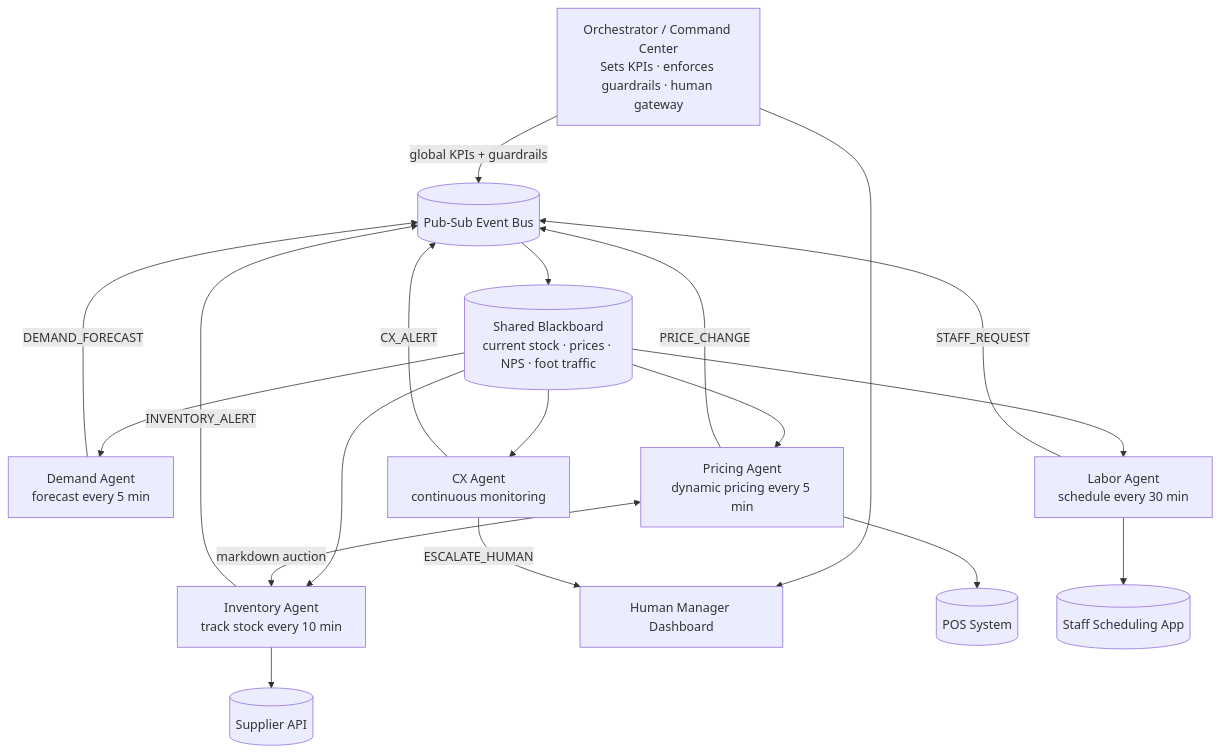
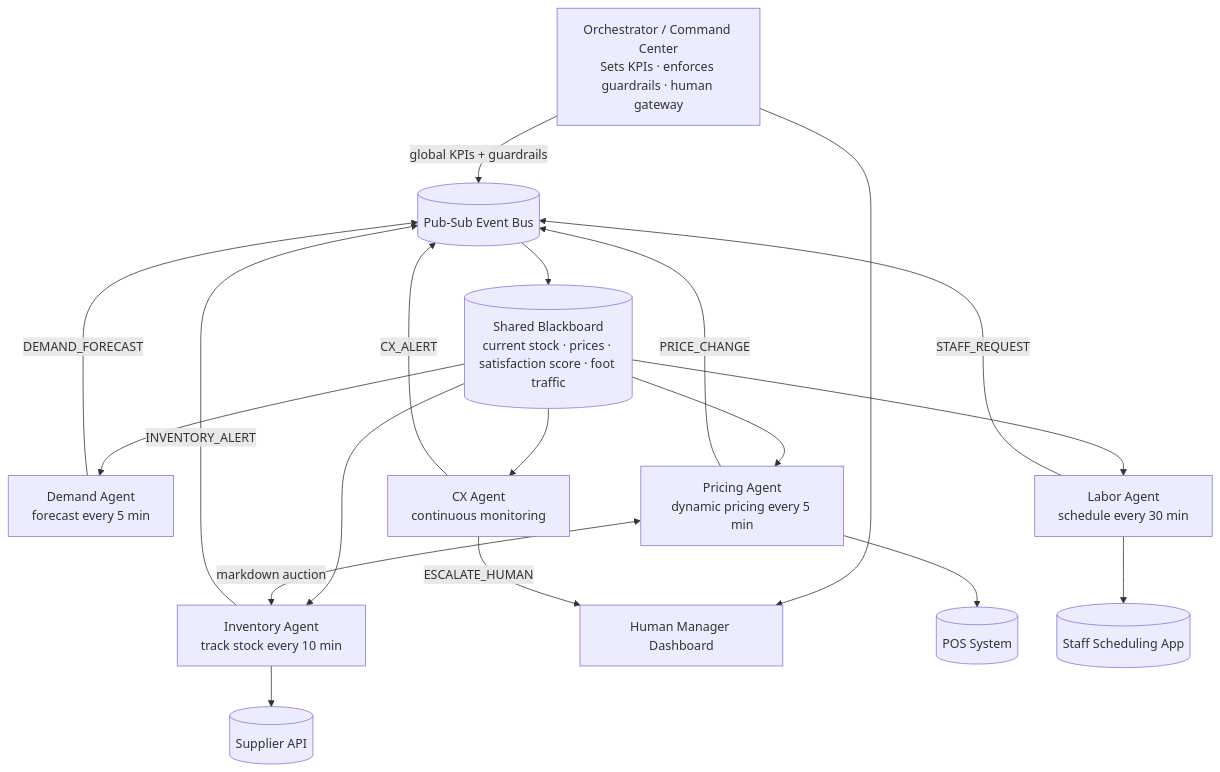
The diagram in README.md (TiaQiu1016/MGSC697-Assignment3-autonomous-retail-popup-mas), drawn with Mermaid before and after one commit. The commit also changed other lines of this file, not shown here.

````diff
--- a/README.md
+++ b/README.md
@@ -53,38 +53,38 @@
 ```mermaid
 graph TD
     ORC[Orchestrator / Command Center\nSets KPIs · enforces guardrails · human gateway]
 
     DA[Demand Agent\nforecast every 5 min]
     IA[Inventory Agent\ntrack stock every 10 min]
     PA[Pricing Agent\ndynamic pricing every 5 min]
     LA[Labor Agent\nschedule every 30 min]
     CX[CX Agent\ncontinuous monitoring]
 
     BUS[(Pub-Sub Event Bus)]
-    SM[(Shared Blackboard\ncurrent stock · prices · NPS · foot traffic)]
+    SM[(Shared Blackboard\ncurrent stock · prices · satisfaction score · foot traffic)]
 
     HUMAN[Human Manager Dashboard]
 
     POS[(POS System)]
     SUP[(Supplier API)]
     STAFF[(Staff Scheduling App)]
 
     ORC -- "global KPIs + guardrails" --> BUS
     DA -- "DEMAND_FORECAST" --> BUS
     IA -- "INVENTORY_ALERT" --> BUS
     PA -- "PRICE_CHANGE" --> BUS
     LA -- "STAFF_REQUEST" --> BUS
     CX -- "CX_ALERT" --> BUS
 
     BUS --> SM
     SM --> DA & IA & PA & LA & CX
 
     PA <-- "markdown auction" --> IA
 
     ORC --> HUMAN
     CX -- "ESCALATE_HUMAN" --> HUMAN
 
     IA --> SUP
     PA --> POS
     LA --> STAFF
 ```
````
